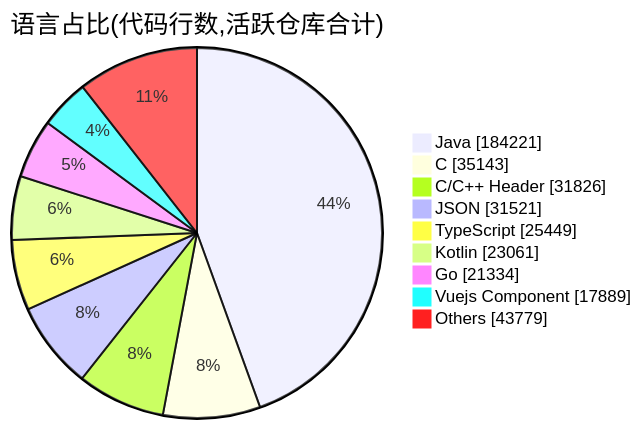
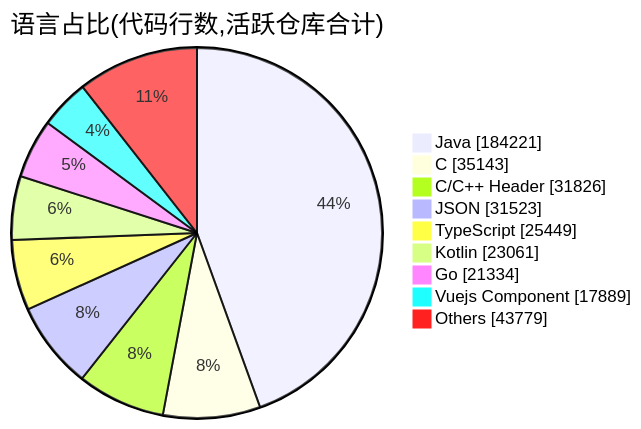
Before and after one commit to Conflux-Union/.github: the second of 2 diagrams in profile/README.md, drawn with Mermaid. The commit also changed other lines of this file and 1 other file, not shown here.

````diff
--- a/profile/README.md
+++ b/profile/README.md
@@ -81,13 +81,13 @@
 ```mermaid
 pie showData
     title 语言占比(代码行数,活跃仓库合计)
     "Java" : 184221
     "C" : 35143
     "C/C++ Header" : 31826
-    "JSON" : 31521
+    "JSON" : 31523
     "TypeScript" : 25449
     "Kotlin" : 23061
     "Go" : 21334
     "Vuejs Component" : 17889
     "Others" : 43779
 ```
````
